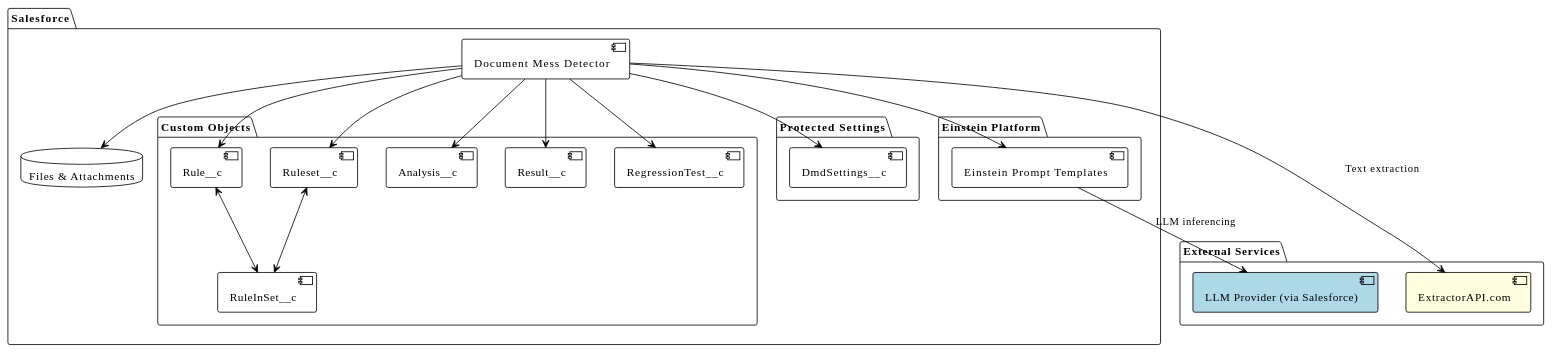
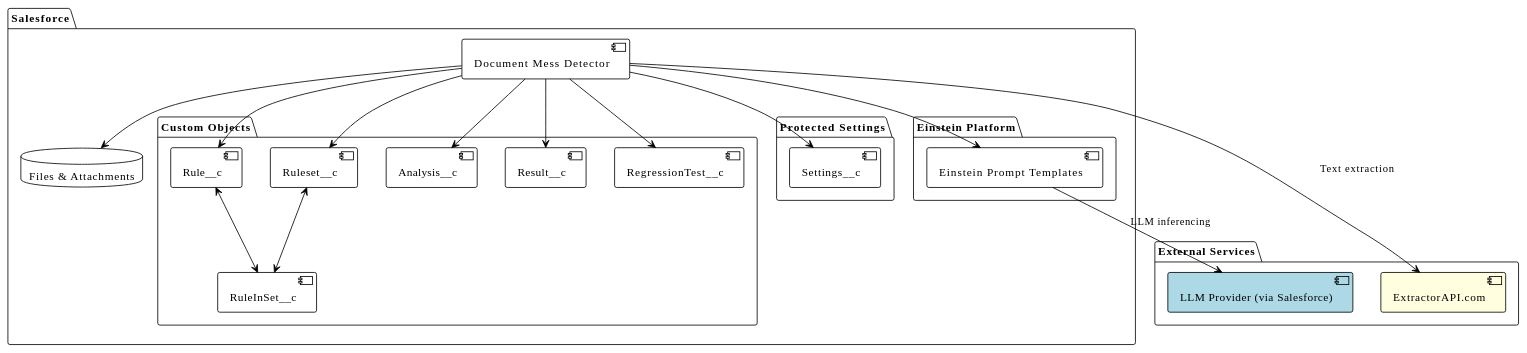
One commit to aquivalabs/document-mess-detector changed the third of 6 diagrams in solution-design-ai.md. Above: the diagram before and after it, drawn with PlantUML. The commit also changed other lines of this file and 19 other files, not shown here.

````diff
--- a/solution-design-ai.md
+++ b/solution-design-ai.md
@@ -133,50 +133,50 @@
 ```plantuml
 @startuml
 !theme plain
 
 package "Salesforce" {
   [Document Mess Detector]
   
   package "Custom Objects" {
     [Rule__c]
     [Ruleset__c]
     [RuleInSet__c]
     [Analysis__c]
     [Result__c]
     [RegressionTest__c]
   }
   
   package "Protected Settings" {
-    [DmdSettings__c]
+    [Settings__c]
   }
   
   package "Einstein Platform" {
     [Einstein Prompt Templates]
   }
   
   database "Files & Attachments" as Files
 }
 
 package "External Services" {
   [ExtractorAPI.com] #LightYellow
   [LLM Provider (via Salesforce)] #LightBlue
 }
 
 [Document Mess Detector] --> [Rule__c]
 [Document Mess Detector] --> [Ruleset__c]
 [Document Mess Detector] --> [Analysis__c]
 [Document Mess Detector] --> [Result__c]
 [Document Mess Detector] --> [RegressionTest__c]
 
 [Ruleset__c] <--> [RuleInSet__c]
 [Rule__c] <--> [RuleInSet__c]
 
 [Document Mess Detector] --> [Einstein Prompt Templates]
-[Document Mess Detector] --> [DmdSettings__c]
+[Document Mess Detector] --> [Settings__c]
 [Document Mess Detector] --> Files
 
 [Document Mess Detector] --> [ExtractorAPI.com]: Text extraction
 [Einstein Prompt Templates] --> [LLM Provider (via Salesforce)]: LLM inferencing
 
 @enduml
 ```
````
